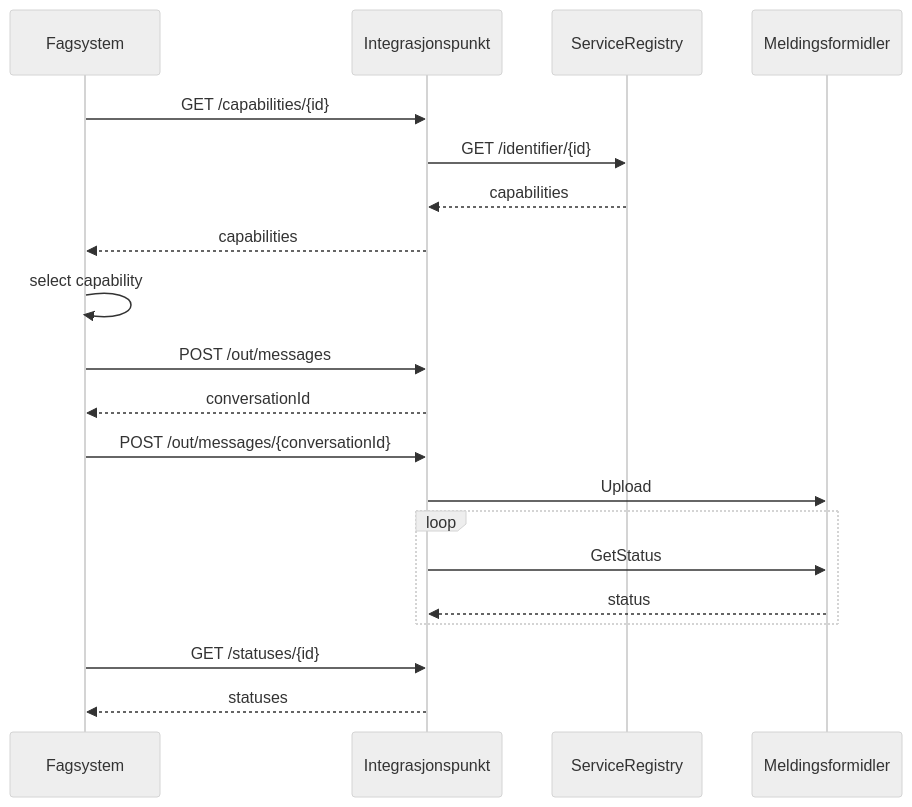
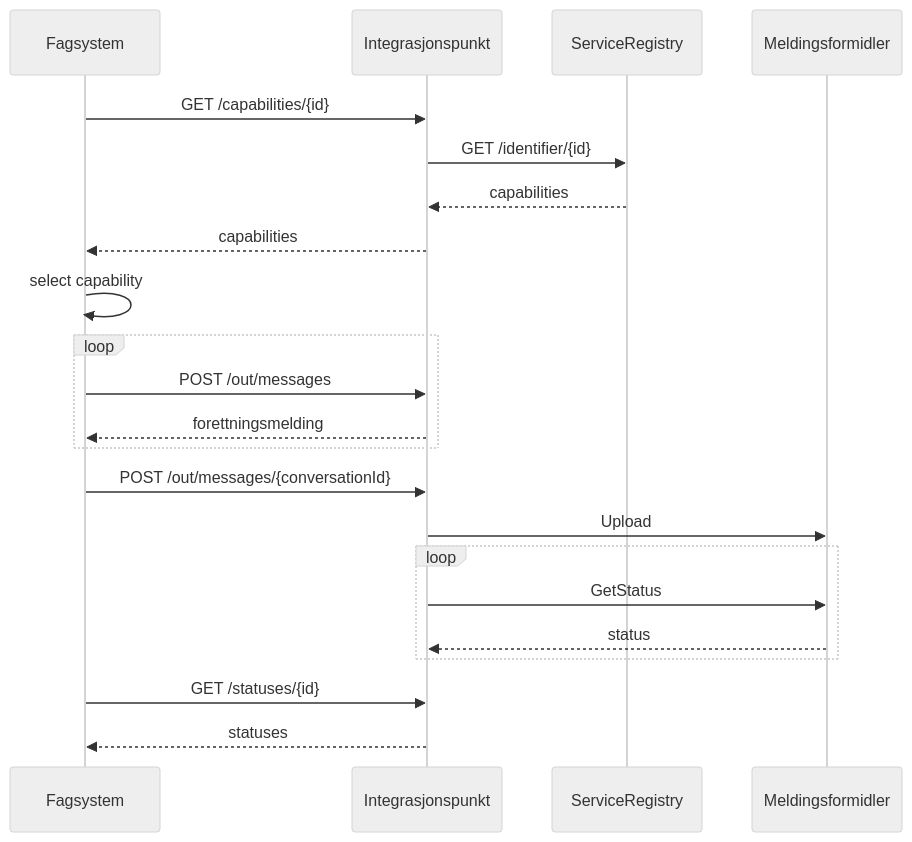
The first of 2 diagrams in pages/NextMove/meldingsflyt.md (difi/eformidling), drawn with Mermaid (neutral theme) before and after one commit. The commit also changed other lines of this file and 1 other file, not shown here.

Commit message:
fixet missing whitespace in mermaid modell

```diff
--- a/pages/NextMove/meldingsflyt.md
+++ b/pages/NextMove/meldingsflyt.md
@@ -12,26 +12,28 @@
 <div class="mermaid">
 
 sequenceDiagram
     participant fs as Fagsystem
     participant ip as Integrasjonspunkt
     participant sr as ServiceRegistry
     participant mf  as Meldingsformidler
 
     
     fs->>ip: GET /capabilities/{id}
     ip->>sr: GET /identifier/{id}
     sr-->>ip: capabilities
     ip-->>fs: capabilities
     fs->>fs: select capability
-    fs->>ip: POST /out/messages
-    ip-->>fs: conversationId
+    loop
+        fs->>ip: POST /out/messages
+        ip-->>fs: forettningsmelding
+    end
     fs->>ip: POST /out/messages/{conversationId}
     ip->>mf: Upload
     loop 
         ip->>mf: GetStatus
         mf-->>ip: status
     end
     fs->>ip: GET /statuses/{id}
     ip-->>fs: statuses
 
 </div>
```
